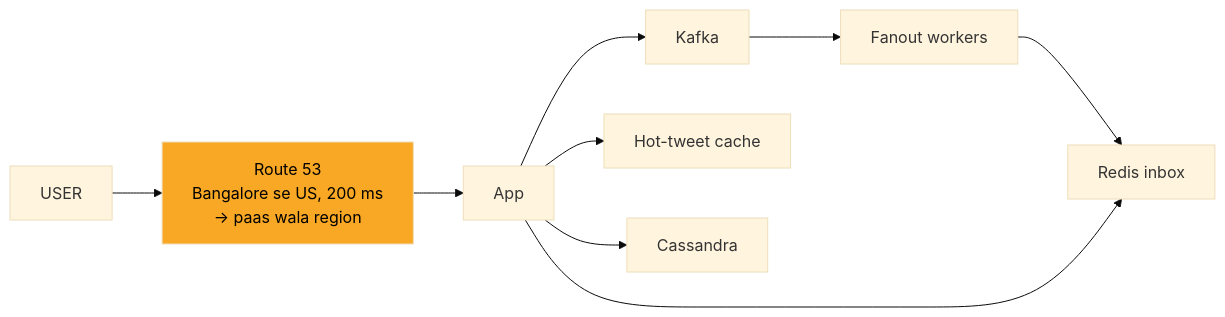
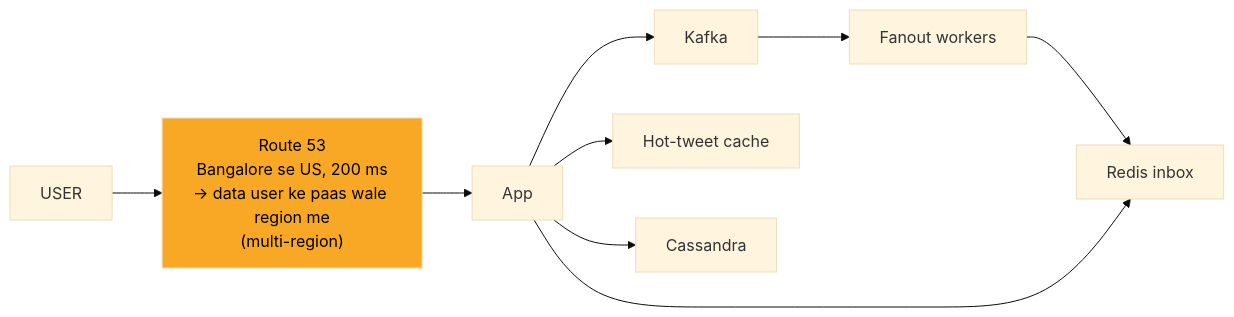
One commit to ArpanMaheshwari144/Prep changed the eighth of 12 diagrams in 04_HLD/SYSTEM_DESIGNS/03_twitter_feed/03_twitter_feed.md. Above: the diagram before and after it, drawn with Mermaid (base theme). The commit also changed other lines of this file and 13 other files, not shown here.

````diff
--- a/04_HLD/SYSTEM_DESIGNS/03_twitter_feed/03_twitter_feed.md
+++ b/04_HLD/SYSTEM_DESIGNS/03_twitter_feed/03_twitter_feed.md
@@ -311,20 +311,20 @@
 ```mermaid
 flowchart LR
     n_USER["USER"]
-    n_Route_53["Route 53<br/>Bangalore se US, 200 ms<br/>-> paas wala region"]
+    n_Route_53["Route 53<br/>Bangalore se US, 200 ms<br/>-> data user ke paas wale region me<br/>(multi-region)"]
     n_App["App"]
     n_Kafka["Kafka"]
     n_Fanout_workers["Fanout workers"]
     n_Redis_inbox["Redis inbox"]
     n_Hot_tweet_cache["Hot-tweet cache"]
     n_Cassandra["Cassandra"]
     n_USER --> n_Route_53
     n_Route_53 --> n_App
     n_App --> n_Kafka
     n_App --> n_Hot_tweet_cache
     n_App --> n_Cassandra
     n_Kafka --> n_Fanout_workers
     n_Fanout_workers --> n_Redis_inbox
     n_App --> n_Redis_inbox
     style n_Route_53 fill:#f9a825,color:#000
 ```
````
